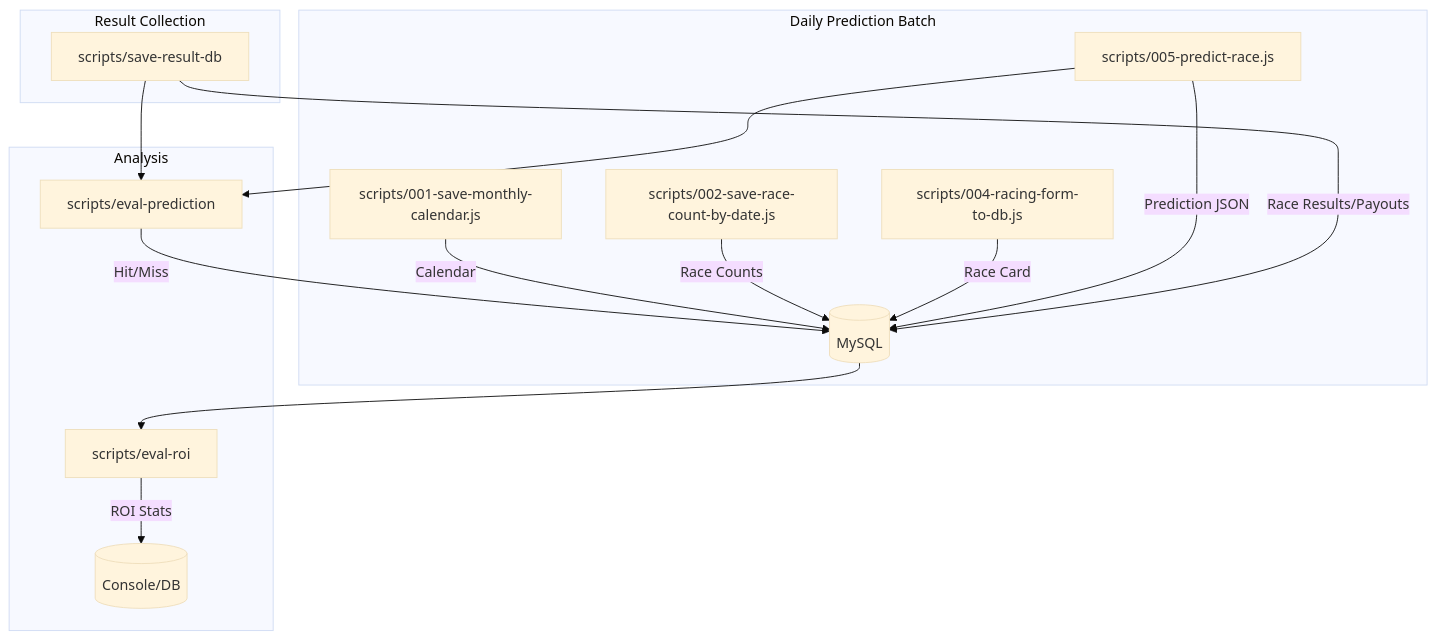
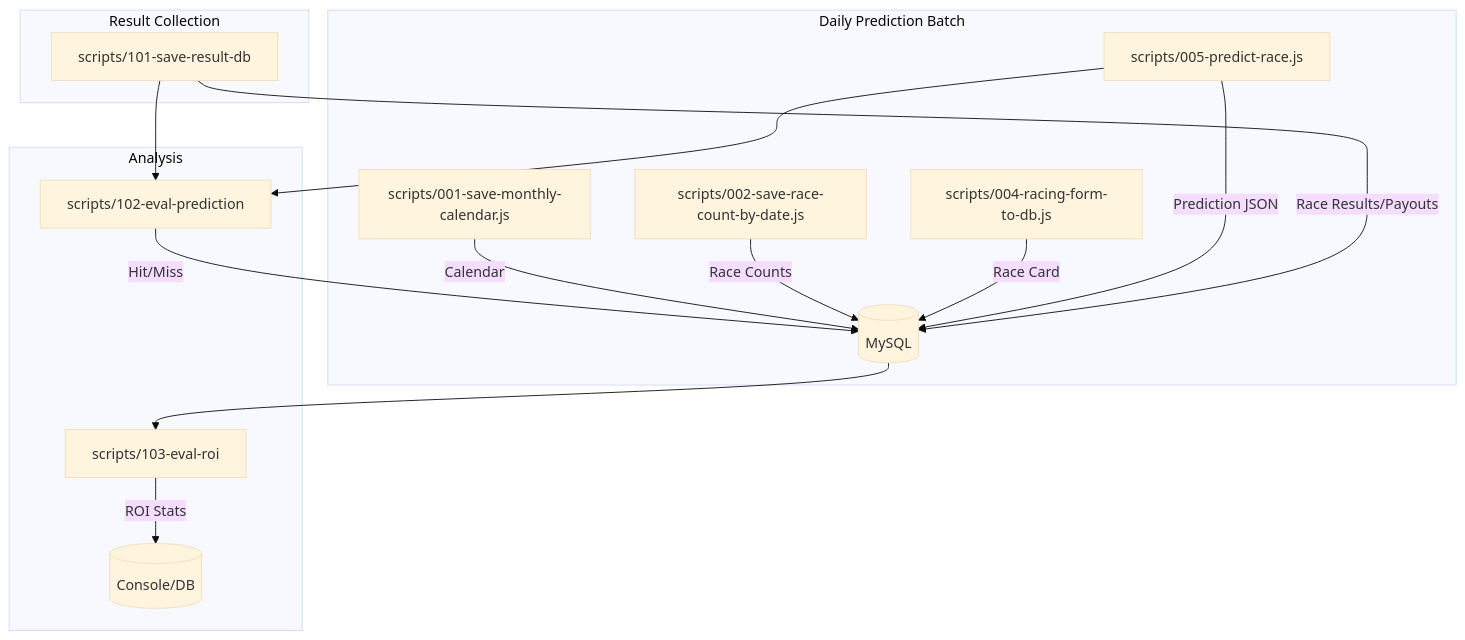
One commit to IchikabuImpact/localvenue changed the diagram in readme.md. Above: the diagram before and after it, drawn with Mermaid (base theme). The commit also changed other lines of this file and 1 other file, not shown here.

````diff
--- a/readme.md
+++ b/readme.md
@@ -109,23 +109,23 @@
 ```mermaid
 graph TD
     DB[(MySQL)]
     Console[(Console/DB)]
 
     subgraph DailyBatch [Daily Prediction Batch]
         A[scripts/001-save-monthly-calendar.js] -->|Calendar| DB
         B[scripts/002-save-race-count-by-date.js] -->|Race Counts| DB
         C[scripts/004-racing-form-to-db.js] -->|Race Card| DB
         D[scripts/005-predict-race.js] -->|Prediction JSON| DB
     end
 
     subgraph ResultFlow [Result Collection]
-        E[scripts/save-result-db] -->|Race Results/Payouts| DB
+        E[scripts/101-save-result-db] -->|Race Results/Payouts| DB
     end
 
     subgraph AnalysisFlow [Analysis]
-        D & E --> F[scripts/eval-prediction]
+        D & E --> F[scripts/102-eval-prediction]
         F -->|Hit/Miss| DB
-        DB --> G[scripts/eval-roi]
+        DB --> G[scripts/103-eval-roi]
         G -->|ROI Stats| Console
     end
 ```
````
